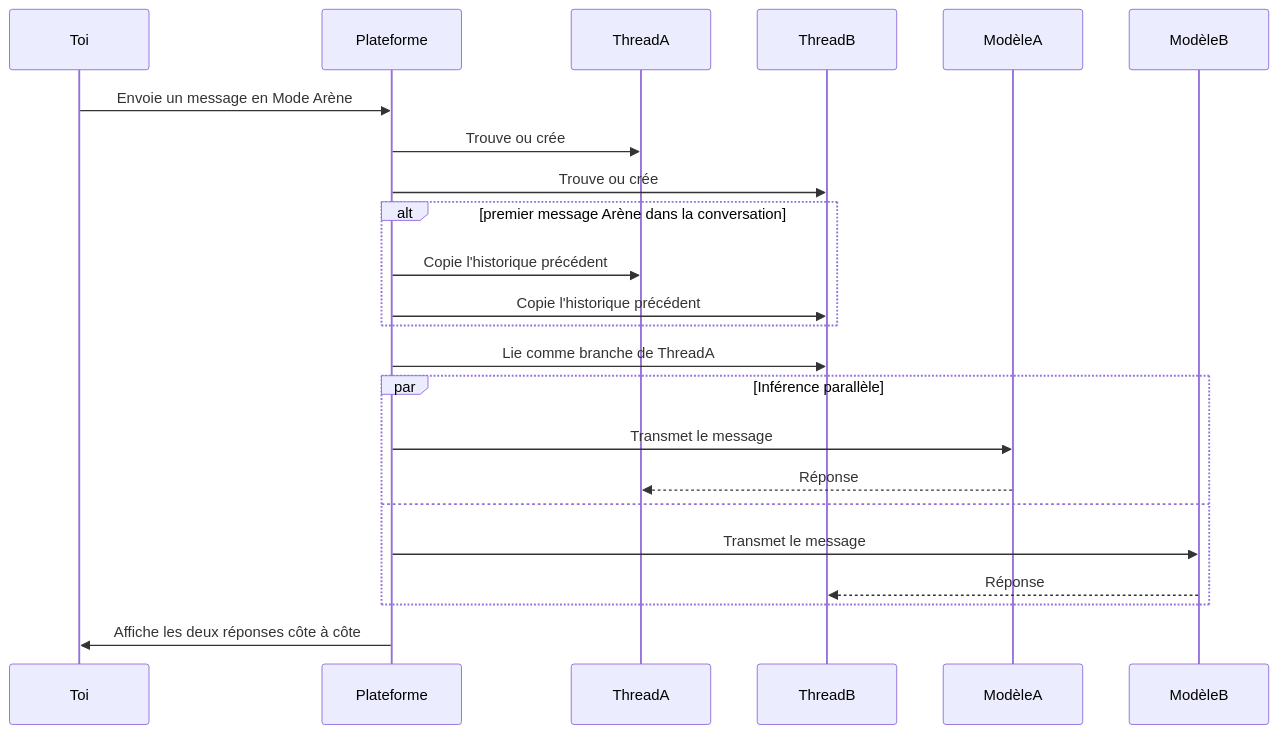
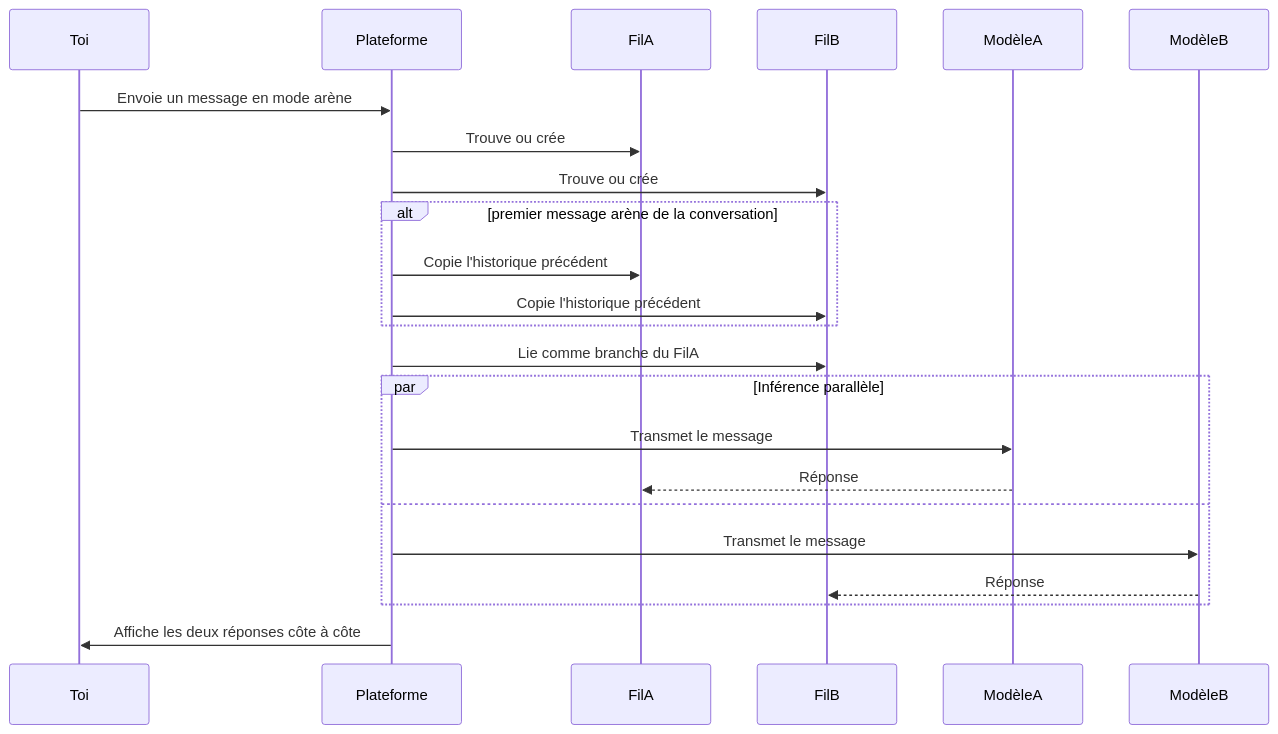
One commit to tale-project/tale changed the diagram in docs/fr/platform/chat/arena-mode.md. Above: the diagram before and after it, drawn with Mermaid. The commit also changed other lines of this file and 329 other files, not shown here.

````diff
--- a/docs/fr/platform/chat/arena-mode.md
+++ b/docs/fr/platform/chat/arena-mode.md
@@ -55,26 +37,26 @@
 ```mermaid
 sequenceDiagram
     participant Toi
     participant Plateforme
-    participant ThreadA
-    participant ThreadB
+    participant FilA
+    participant FilB
     participant ModèleA
     participant ModèleB
 
-    Toi->>Plateforme: Envoie un message en Mode Arène
-    Plateforme->>ThreadA: Trouve ou crée
-    Plateforme->>ThreadB: Trouve ou crée
-    alt premier message Arène dans la conversation
-        Plateforme->>ThreadA: Copie l'historique précédent
-        Plateforme->>ThreadB: Copie l'historique précédent
+    Toi->>Plateforme: Envoie un message en mode arène
+    Plateforme->>FilA: Trouve ou crée
+    Plateforme->>FilB: Trouve ou crée
+    alt premier message arène de la conversation
+        Plateforme->>FilA: Copie l'historique précédent
+        Plateforme->>FilB: Copie l'historique précédent
     end
-    Plateforme->>ThreadB: Lie comme branche de ThreadA
+    Plateforme->>FilB: Lie comme branche du FilA
     par Inférence parallèle
         Plateforme->>ModèleA: Transmet le message
-        ModèleA-->>ThreadA: Réponse
+        ModèleA-->>FilA: Réponse
     and
         Plateforme->>ModèleB: Transmet le message
-        ModèleB-->>ThreadB: Réponse
+        ModèleB-->>FilB: Réponse
     end
     Plateforme->>Toi: Affiche les deux réponses côte à côte
 ```
````
